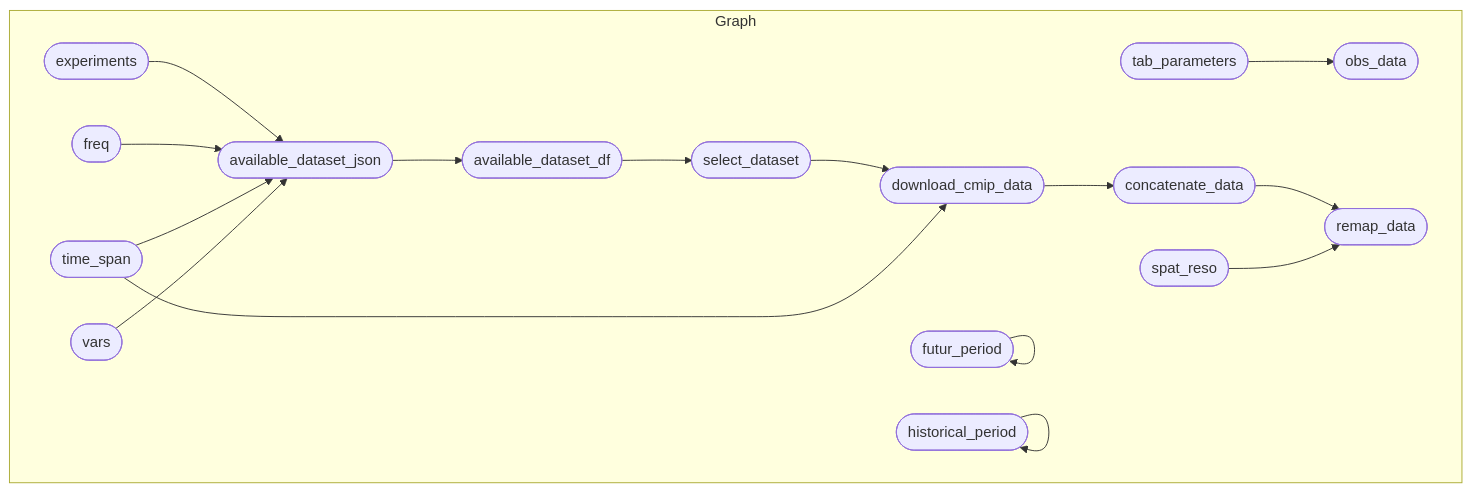
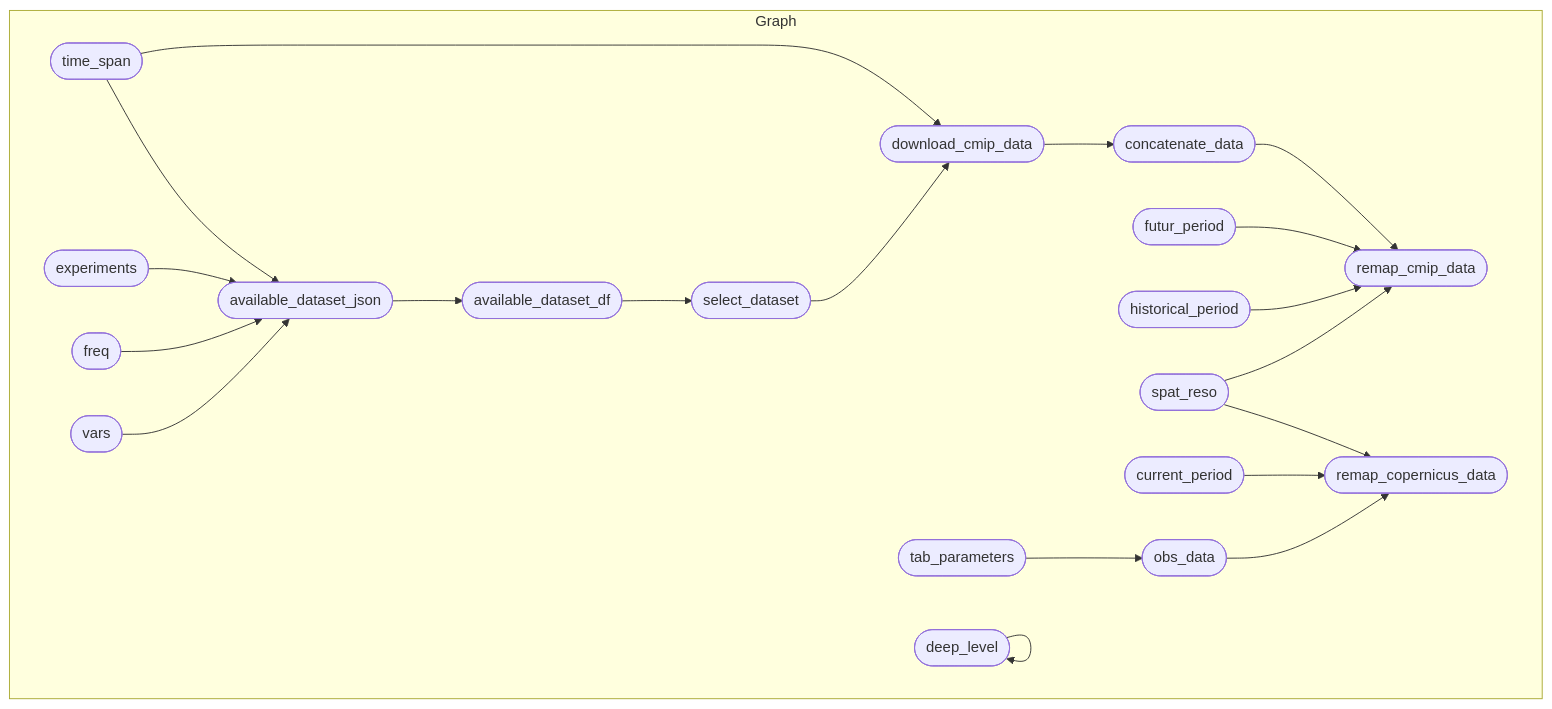
Before and after one commit to r-fernandezz/downshape: the diagram in README.md, drawn with Mermaid. The commit also changed other lines of this file and 3 other files, not shown here.

Commit message:
🚧 PROGRESS: add deep level filter with cdo

````diff
--- a/README.md
+++ b/README.md
@@ -36,20 +22,24 @@
 ``` mermaid
 graph LR
   subgraph Graph
     direction LR
     x3f5ab24ee8d242b4(["select_dataset"]):::outdated --> xba5d8678b6176d68(["download_cmip_data"]):::outdated
     x2c0118dd07b06ac8(["time_span"]):::outdated --> xba5d8678b6176d68(["download_cmip_data"]):::outdated
     x6fcf9b0e7fc429ff(["available_dataset_json"]):::outdated --> xe895740a9b7896f7(["available_dataset_df"]):::outdated
+    x96804873c73726bd(["concatenate_data"]):::outdated --> x160e3ae24bfccc51(["remap_cmip_data"]):::outdated
+    xbce5cad1cf7e7103(["futur_period"]):::outdated --> x160e3ae24bfccc51(["remap_cmip_data"]):::outdated
+    x57dd1d5e854c11b6(["historical_period"]):::outdated --> x160e3ae24bfccc51(["remap_cmip_data"]):::outdated
+    xe73cbbcc20086ecd(["spat_reso"]):::outdated --> x160e3ae24bfccc51(["remap_cmip_data"]):::outdated
     xac02e5e58926353b(["experiments"]):::outdated --> x6fcf9b0e7fc429ff(["available_dataset_json"]):::outdated
     x906e78a8df9f52cb(["freq"]):::outdated --> x6fcf9b0e7fc429ff(["available_dataset_json"]):::outdated
     x2c0118dd07b06ac8(["time_span"]):::outdated --> x6fcf9b0e7fc429ff(["available_dataset_json"]):::outdated
     x8f15ec77b8dbd81a(["vars"]):::outdated --> x6fcf9b0e7fc429ff(["available_dataset_json"]):::outdated
     xe895740a9b7896f7(["available_dataset_df"]):::outdated --> x3f5ab24ee8d242b4(["select_dataset"]):::outdated
+    x084994fb0e480676(["current_period"]):::outdated --> x8bfa010e2da6177f(["remap_copernicus_data"]):::outdated
+    xd7bca5ba4e5f539d(["obs_data"]):::outdated --> x8bfa010e2da6177f(["remap_copernicus_data"]):::outdated
+    xe73cbbcc20086ecd(["spat_reso"]):::outdated --> x8bfa010e2da6177f(["remap_copernicus_data"]):::outdated
     xba5d8678b6176d68(["download_cmip_data"]):::outdated --> x96804873c73726bd(["concatenate_data"]):::outdated
     x4301c707c2ab0cdc(["tab_parameters"]):::outdated --> xd7bca5ba4e5f539d(["obs_data"]):::outdated
-    x96804873c73726bd(["concatenate_data"]):::outdated --> x9543d9ff8a85b869(["remap_data"]):::outdated
-    xe73cbbcc20086ecd(["spat_reso"]):::outdated --> x9543d9ff8a85b869(["remap_data"]):::outdated
-    xbce5cad1cf7e7103(["futur_period"]):::outdated --> xbce5cad1cf7e7103(["futur_period"]):::outdated
-    x57dd1d5e854c11b6(["historical_period"]):::outdated --> x57dd1d5e854c11b6(["historical_period"]):::outdated
+    x625f066a5f205ec8(["deep_level"]):::outdated --> x625f066a5f205ec8(["deep_level"]):::outdated
   end
 ```
````
